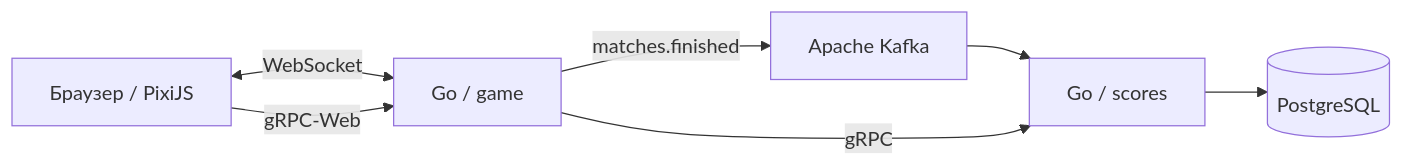
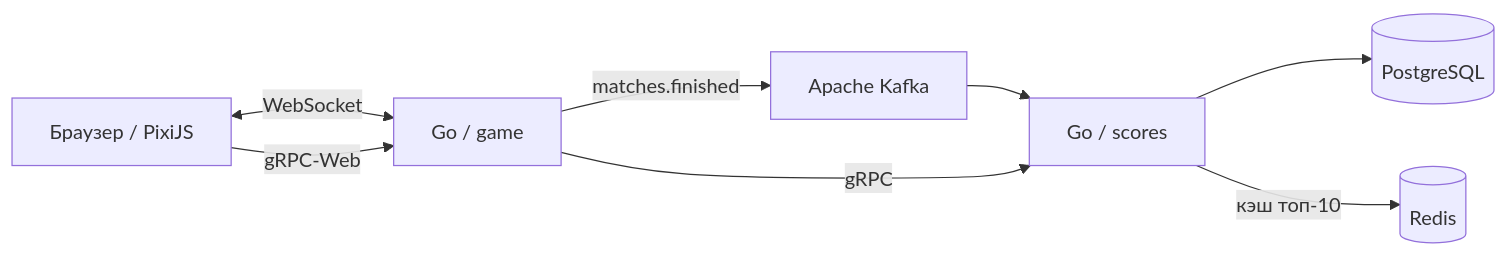
Before and after one commit to lagatun54/orbital-run: the diagram in README.md, drawn with Mermaid. The commit also changed other lines of this file and 13 other files, not shown here.

Commit message:
feat(scores): cache the leaderboard in Redis

````diff
--- a/README.md
+++ b/README.md
@@ -75,9 +79,10 @@
 ```mermaid
 flowchart LR
     Browser["Браузер / PixiJS"] <-->|WebSocket| Game["Go / game"]
     Game -->|"matches.finished"| Kafka["Apache Kafka"]
     Kafka --> Scores["Go / scores"]
     Scores --> PG[("PostgreSQL")]
+    Scores -->|кэш топ-10| Redis[("Redis")]
     Browser -->|gRPC-Web| Game
     Game -->|gRPC| Scores
 ```
````
